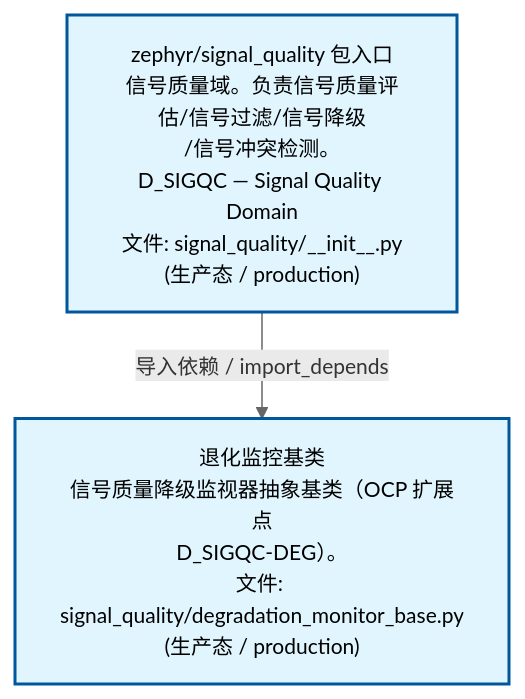
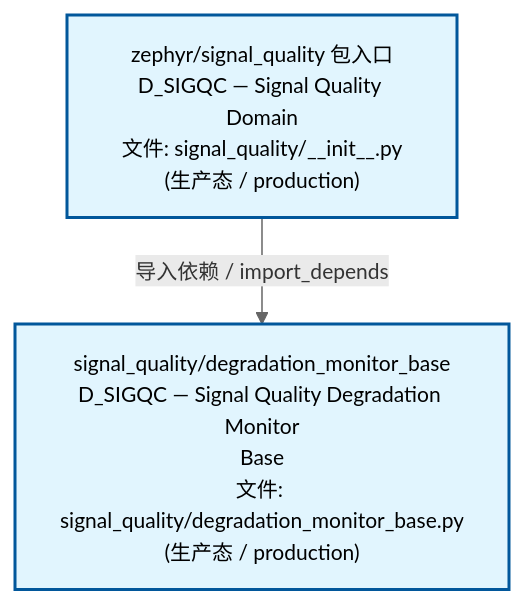
Before and after one commit to xuanFelixVan/ZephyrAlpha: the second of 3 diagrams in docs/02_enterprise_architecture/02_domain_architecture_docs/69_d_sigqc.md, drawn with Mermaid. The commit also changed other lines of this file and 50 other files, not shown here.

````diff
--- a/docs/02_enterprise_architecture/02_domain_architecture_docs/69_d_sigqc.md
+++ b/docs/02_enterprise_architecture/02_domain_architecture_docs/69_d_sigqc.md
@@ -75,12 +75,12 @@
 ```mermaid
 %%{init: {'theme': 'base', 'themeVariables': {'primaryColor': '#eaeaea', 'primaryTextColor': '#333333', 'primaryBorderColor': '#666666', 'lineColor': '#666666', 'secondaryColor': '#eaeaea', 'tertiaryColor': '#eaeaea', 'fontSize': '14px'}}}%%
 flowchart TD
-    src_zephyr_signal_quality_init_py["zephyr/signal_quality 包入口<br/>信号质量域。负责信号质量评估/信号过滤/信号降级<br/>/信号冲突检测。<br/>D_SIGQC — Signal Quality Domain<br/>文件: signal_quality/__init__.py<br/>(生产态 / production)"]
-    src_zephyr_signal_quality_degradation_monitor_base_py["退化监控基类<br/>信号质量降级监视器抽象基类（OCP 扩展点<br/>D_SIGQC-DEG）。<br/>文件: signal_quality/degradation_monitor_base.py<br/>(生产态 / production)"]
+    src_zephyr_signal_quality_init_py["zephyr/signal_quality 包入口<br/>D_SIGQC — Signal Quality Domain<br/>文件: signal_quality/__init__.py<br/>(生产态 / production)"]
+    src_zephyr_signal_quality_degradation_monitor_base_py["signal_quality/degradation_monitor_base<br/>D_SIGQC — Signal Quality Degradation Monitor<br/>Base<br/>文件: signal_quality/degradation_monitor_base.py<br/>(生产态 / production)"]
     src_zephyr_signal_quality_init_py -->|导入依赖 / import_depends| src_zephyr_signal_quality_degradation_monitor_base_py
     classDef production fill:#e1f5fe,stroke:#01579b,stroke-width:2px,color:#000
     classDef design fill:#fff3e0,stroke:#e65100,stroke-width:2px,color:#000,stroke-dasharray: 5 5
     classDef external_prod fill:#e8f4fd,stroke:#0277bd,stroke-width:1px,color:#000
     classDef external_design fill:#fff8e7,stroke:#ef6c00,stroke-width:1px,color:#000,stroke-dasharray: 5 5
     class src_zephyr_signal_quality_init_py,src_zephyr_signal_quality_degradation_monitor_base_py production
 ```
````
